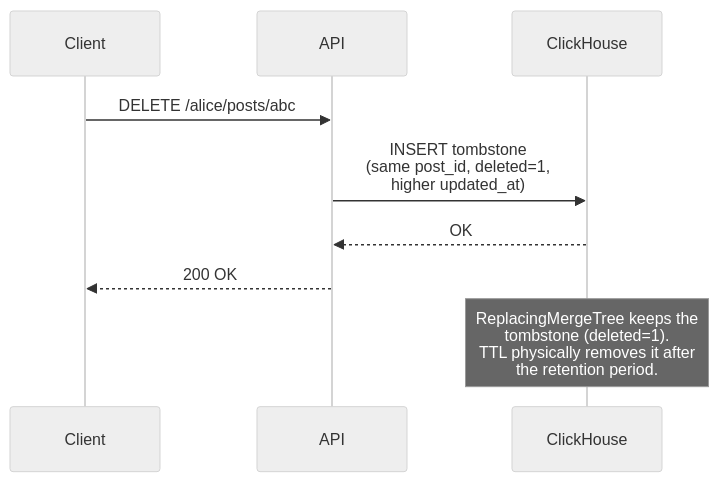
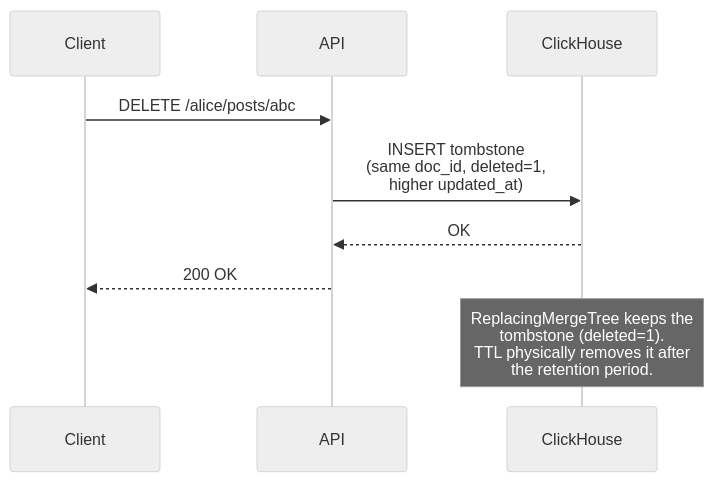
The seventh of 7 diagrams in knowledge/knowledge-base/web10-v3/overview.md (jacoby149/web10), drawn with Mermaid (neutral theme) before and after one commit. The commit also changed other lines of this file and 19 other files, not shown here.

First line of the commit message:
docs: web10 v3 architecture — groups, service contracts, cross-app sharing, federation (#500)

````diff
--- a/knowledge/knowledge-base/web10-v3/overview.md
+++ b/knowledge/knowledge-base/web10-v3/overview.md
@@ -425,13 +510,13 @@
 ```mermaid
 sequenceDiagram
     participant Client
     participant API
     participant ClickHouse
 
     Client->>API: DELETE /alice/posts/abc
-    API->>ClickHouse: INSERT tombstone<br/>(same post_id, deleted=1,<br/>higher updated_at)
+    API->>ClickHouse: INSERT tombstone<br/>(same doc_id, deleted=1,<br/>higher updated_at)
     ClickHouse-->>API: OK
     API-->>Client: 200 OK
 
     Note over ClickHouse: ReplacingMergeTree keeps the<br/>tombstone (deleted=1).<br/>TTL physically removes it after<br/>the retention period.
 ```
````
